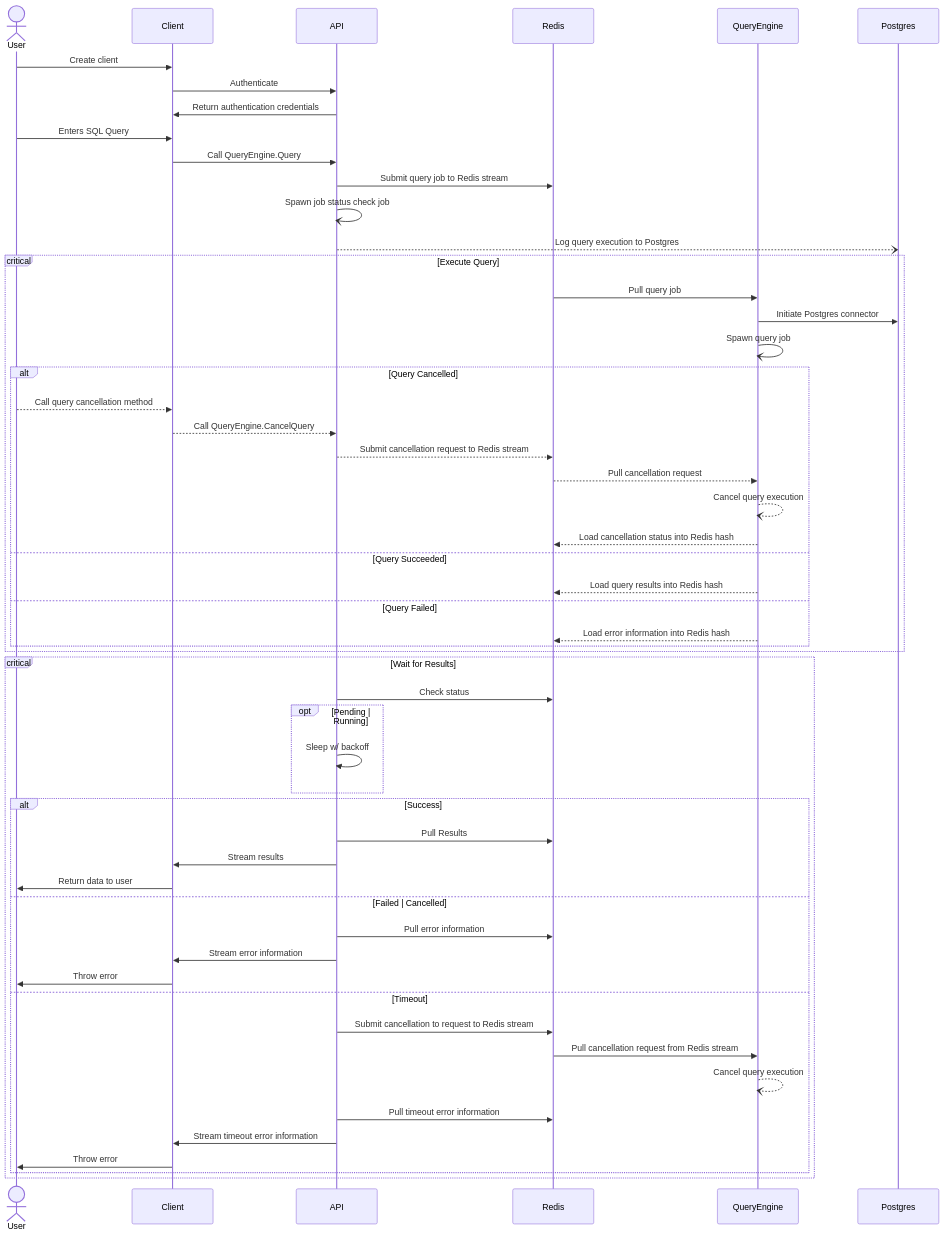
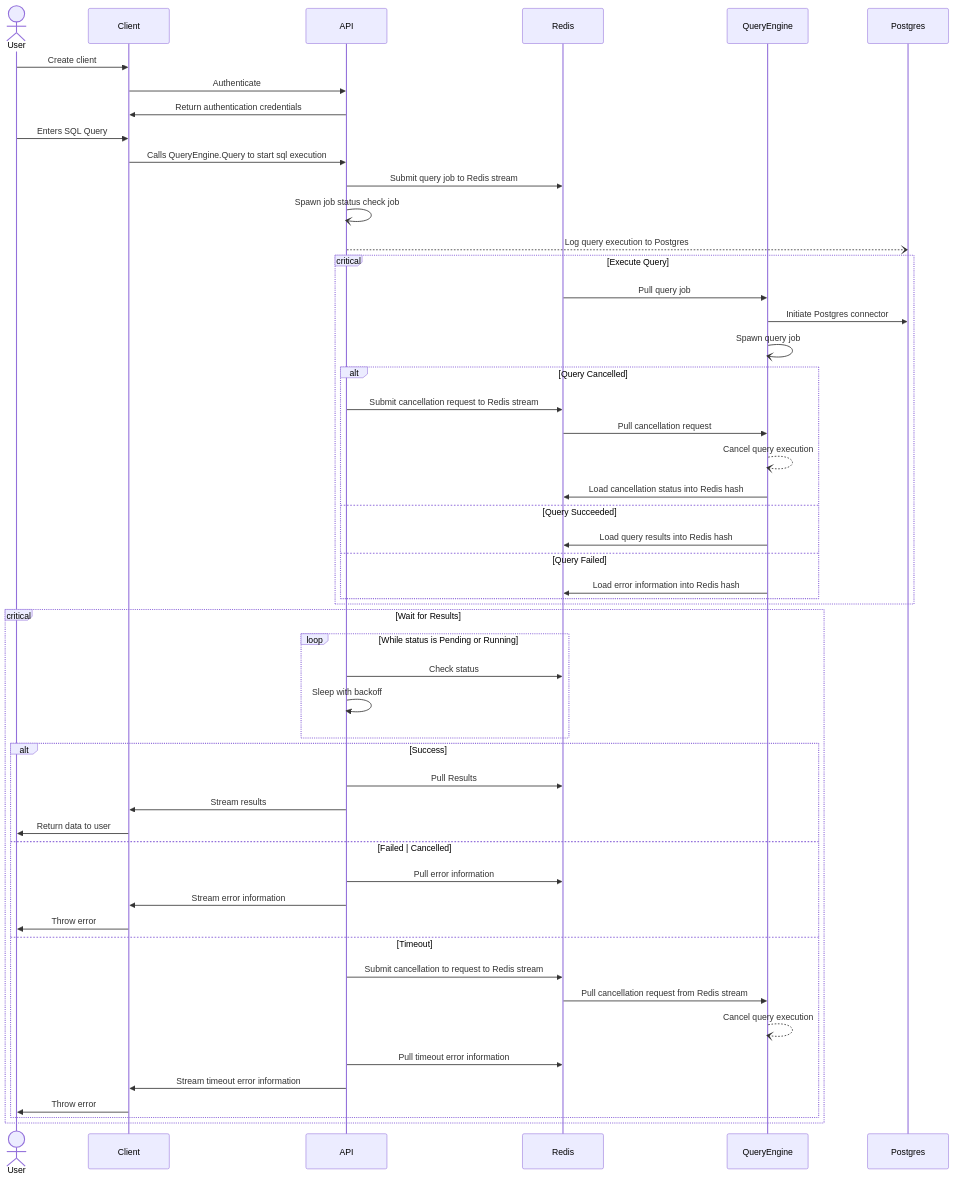
One commit to PtolemyLovesYou/ptolemy changed the diagram in docs/diagrams/query_engine/sequence_diagram.mmd. Above: the diagram before and after it, drawn with Mermaid.

Commit message:
loop in sequence diagram

```diff
--- a/docs/diagrams/query_engine/sequence_diagram.mmd
+++ b/docs/diagrams/query_engine/sequence_diagram.mmd
@@ -1,59 +1,57 @@
 sequenceDiagram
     actor User
     participant Client
     participant API
     participant Redis
     participant QueryEngine
     participant Postgres
 
     User->>Client: Create client
     Client->>API: Authenticate
     API->>Client: Return authentication credentials
     User->>Client: Enters SQL Query
 
-    Client->>API: Call QueryEngine.Query
+    Client->>API: Calls QueryEngine.Query to start sql execution
     API->>Redis: Submit query job to Redis stream
     API-)API: Spawn job status check job
     API--)Postgres: Log query execution to Postgres
 
     critical Execute Query
         Redis->>QueryEngine: Pull query job
         QueryEngine->>Postgres: Initiate Postgres connector
         QueryEngine-)QueryEngine: Spawn query job
         
         alt Query Cancelled
-            User-->>Client: Call query cancellation method
-            Client-->>API: Call QueryEngine.CancelQuery
-            API-->>Redis: Submit cancellation request to Redis stream
-            Redis-->>QueryEngine: Pull cancellation request
+            API->>Redis: Submit cancellation request to Redis stream
+            Redis->>QueryEngine: Pull cancellation request
             QueryEngine--)QueryEngine: Cancel query execution
-            QueryEngine-->>Redis: Load cancellation status into Redis hash
+            QueryEngine->>Redis: Load cancellation status into Redis hash
         else Query Succeeded
-            QueryEngine-->>Redis: Load query results into Redis hash
+            QueryEngine->>Redis: Load query results into Redis hash
         else Query Failed
-            QueryEngine-->>Redis: Load error information into Redis hash
+            QueryEngine->>Redis: Load error information into Redis hash
         end
     end
 
     critical Wait for Results
-        API->>Redis: Check status
-        opt Pending | Running
-            API->>API: Sleep w/ backoff
+        loop While status is Pending or Running
+            API->>Redis: Check status
+            API->>API: Sleep with backoff
         end
         alt Success
             API->>Redis: Pull Results
             API->>Client: Stream results
             Client->>User: Return data to user
         else Failed | Cancelled
             API->>Redis: Pull error information
             API->>Client: Stream error information
             Client->>User: Throw error
         else Timeout
             API->>Redis: Submit cancellation to request to Redis stream
             Redis->>QueryEngine: Pull cancellation request from Redis stream
             QueryEngine--)QueryEngine: Cancel query execution
             API->>Redis: Pull timeout error information
             API->>Client: Stream timeout error information
             Client->>User: Throw error
         end
     end
```
